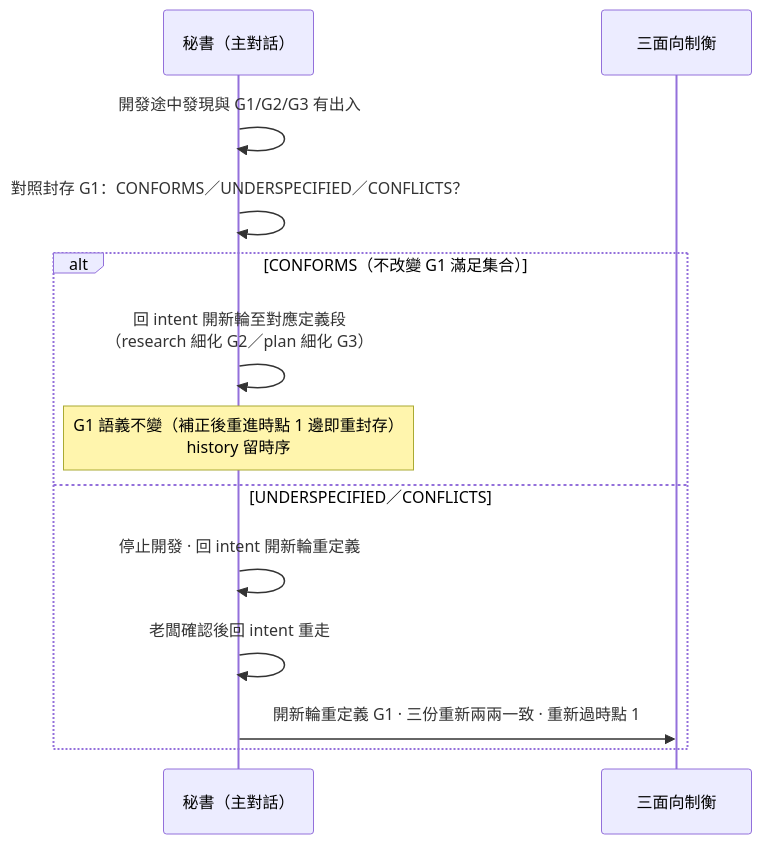
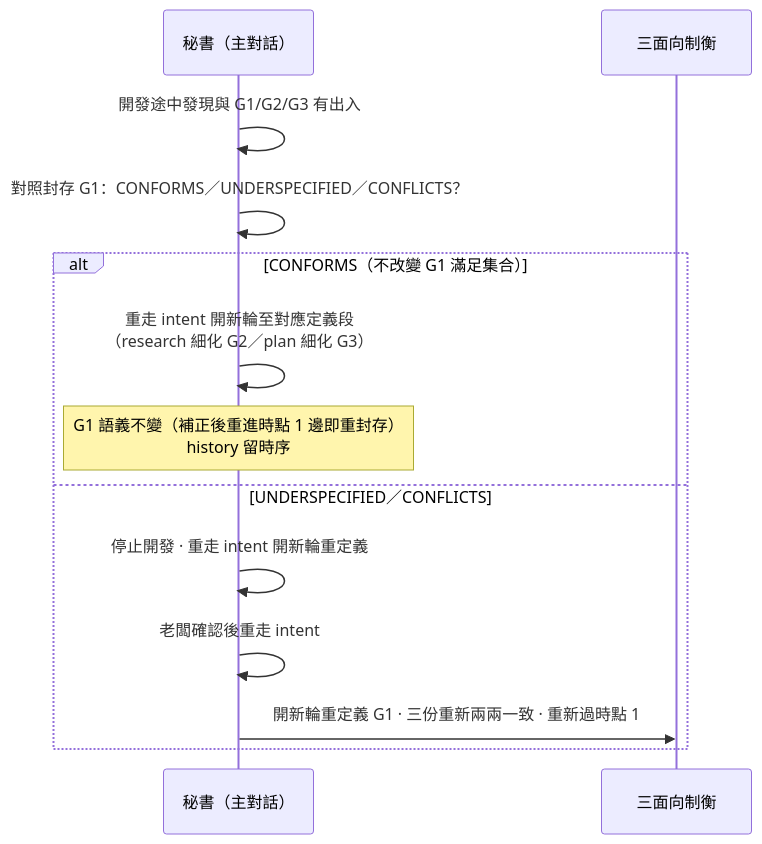
One commit to teps3105/shiftblame changed the first of 2 diagrams in skills/shiftblame/references/MECHANISMS.md. Above: the diagram before and after it, drawn with Mermaid. The commit also changed other lines of this file and 32 other files, not shown here.

````diff
--- a/skills/shiftblame/references/MECHANISMS.md
+++ b/skills/shiftblame/references/MECHANISMS.md
@@ -28,17 +28,17 @@
 ```mermaid
 sequenceDiagram
      participant SEC as 秘書（主對話）
      participant Consult as 三面向制衡
 
      SEC->>SEC: 開發途中發現與 G1/G2/G3 有出入
      SEC->>SEC: 對照封存 G1：CONFORMS／UNDERSPECIFIED／CONFLICTS？
 
      alt CONFORMS（不改變 G1 滿足集合）
-         SEC->>SEC: 回 intent 開新輪至對應定義段<br/>（research 細化 G2／plan 細化 G3）
+         SEC->>SEC: 重走 intent 開新輪至對應定義段<br/>（research 細化 G2／plan 細化 G3）
          Note over SEC: G1 語義不變（補正後重進時點 1 邊即重封存）<br/>history 留時序
      else UNDERSPECIFIED／CONFLICTS
-         SEC->>SEC: 停止開發 · 回 intent 開新輪重定義
-         SEC->>SEC: 老闆確認後回 intent 重走
+         SEC->>SEC: 停止開發 · 重走 intent 開新輪重定義
+         SEC->>SEC: 老闆確認後重走 intent
          SEC->>Consult: 開新輪重定義 G1 · 三份重新兩兩一致 · 重新過時點 1
      end
 ```
````
